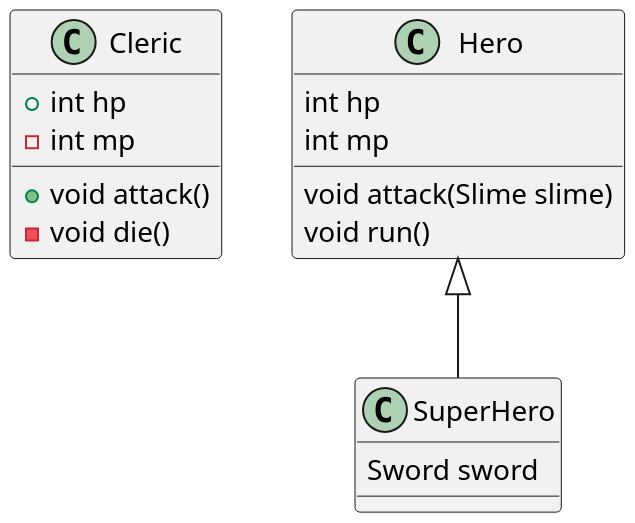
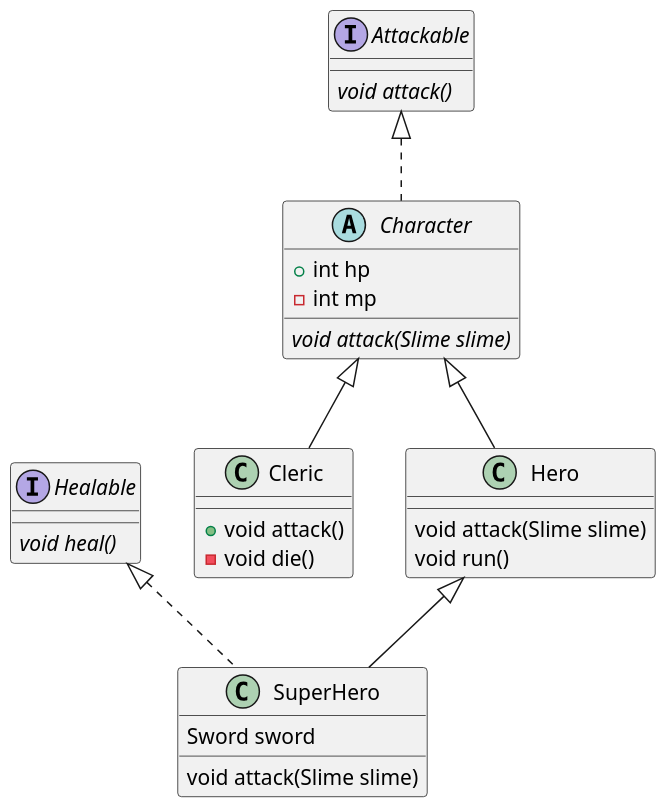
One commit to SurvivalCodingCampus/sesac7_dart_study changed the diagram in lib/game.puml. Above: the diagram before and after it, drawn with PlantUML. The commit also changed 1 other file, not shown here.

Commit message:
feat: 추상클래스와 인터페이스 예제 코드 추가 및 PlantUML 다이어그램 수정
- `lib/03_abstract/abstract.dart`: `Human` 추상 클래스와 `Attackable` 인터페이스를 정의하고, `SuperMan` 클래스가 이를 상속 및 구현하는 예제 코드를 추가했습니다.
- `lib/game.puml`: PlantUML 다이어그램을 수정하여 `Healable` 및 `Attackable` 인터페이스를 추가하고, `Character`를 추상 클래스로 변경했습니다. 또한 `SuperHero`가 `Healable` 인터페이스를 구현하도록 수정했습니다.

```diff
--- a/lib/game.puml
+++ b/lib/game.puml
@@ -1,23 +1,34 @@
 @startuml
-scale 2
+scale 1.5
 
-class Cleric {
-    + int hp
-    - int mp
+interface Healable {
+    {abstract} void heal()
+}
 
+interface Attackable {
+    {abstract} void attack()
+}
+
+class Cleric extends Character {
     + void attack()
     - void die()
 }
 
-class Hero {
-    int hp
-    int mp
+abstract class Character implements Attackable {
+    + int hp
+    - int mp
+    {abstract} void attack(Slime slime)
+}
+
+class Hero extends Character {
     void attack(Slime slime)
     void run()
 }
 
-class SuperHero extends Hero {
+class SuperHero extends Hero implements Healable {
     Sword sword
+
+    void attack(Slime slime)
 }
 
 @enduml
```
